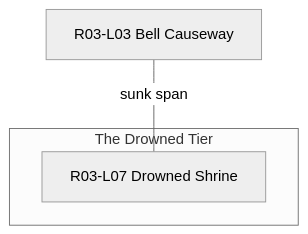
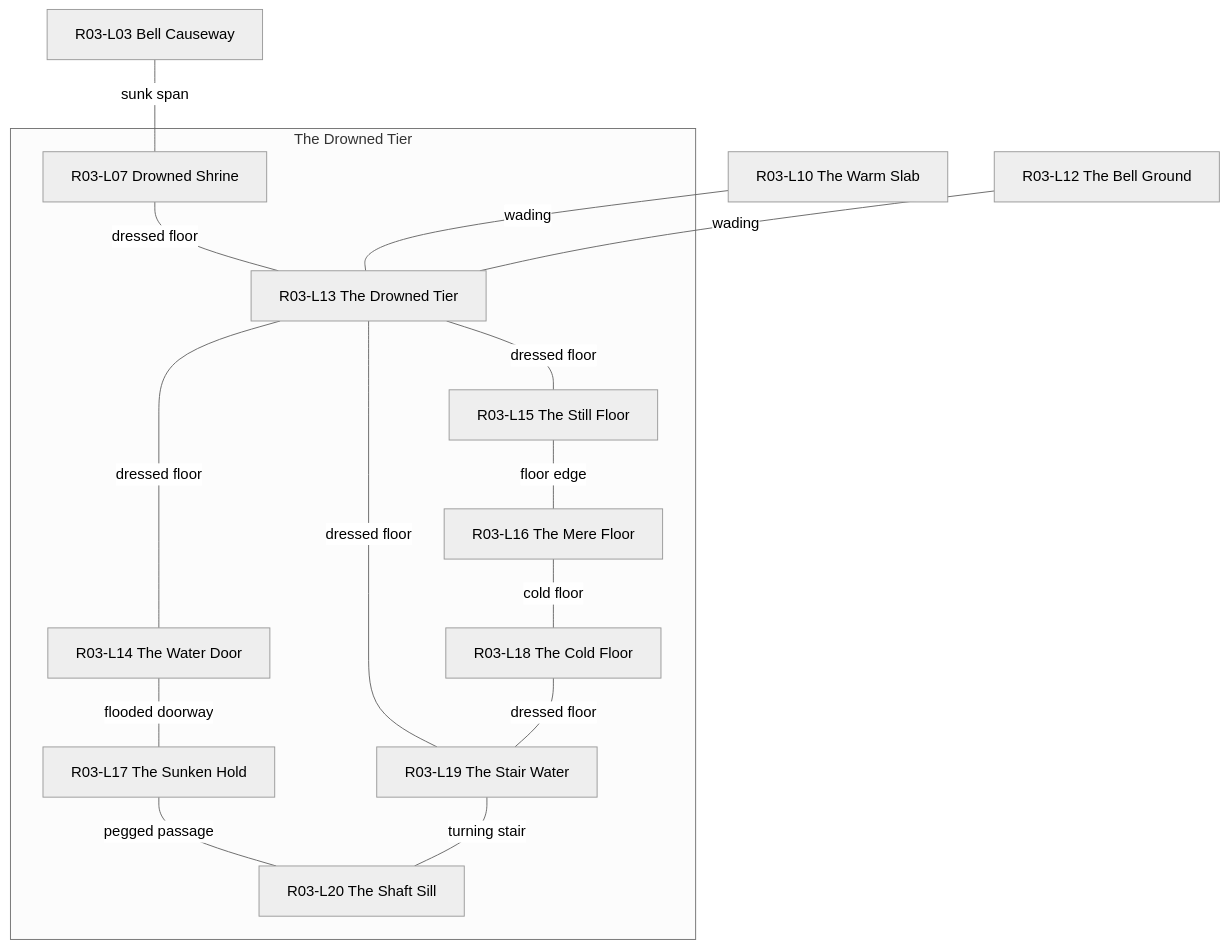
The diagram in build/diagrams/T4_R03_DROWNED_TIER.md (rstevenson1237/setting_builder), drawn with Mermaid (neutral theme) before and after one commit. The commit also changed 145 other files, not shown here.

First line of the commit message:
Step 10: the location graph, sources and typed exits

````diff
--- a/build/diagrams/T4_R03_DROWNED_TIER.md
+++ b/build/diagrams/T4_R03_DROWNED_TIER.md
@@ -1,10 +1,32 @@
 ```mermaid
 flowchart TD
 %% Tier 4. Container drowned-tier of R03: its locations, typed edges, and the destinations they reach outside it.
 %% Derived by tools/mermaid_gen.py. Do not edit.
     subgraph DROWNED_TIER["The Drowned Tier"]
         R03_L07["R03-L07 Drowned Shrine"]
+        R03_L13["R03-L13 The Drowned Tier"]
+        R03_L14["R03-L14 The Water Door"]
+        R03_L15["R03-L15 The Still Floor"]
+        R03_L16["R03-L16 The Mere Floor"]
+        R03_L17["R03-L17 The Sunken Hold"]
+        R03_L18["R03-L18 The Cold Floor"]
+        R03_L19["R03-L19 The Stair Water"]
+        R03_L20["R03-L20 The Shaft Sill"]
     end
     R03_L03["R03-L03 Bell Causeway"]
+    R03_L10["R03-L10 The Warm Slab"]
+    R03_L12["R03-L12 The Bell Ground"]
     R03_L03 ---|sunk span| R03_L07
+    R03_L07 ---|dressed floor| R03_L13
+    R03_L10 ---|wading| R03_L13
+    R03_L12 ---|wading| R03_L13
+    R03_L13 ---|dressed floor| R03_L14
+    R03_L13 ---|dressed floor| R03_L15
+    R03_L13 ---|dressed floor| R03_L19
+    R03_L14 ---|flooded doorway| R03_L17
+    R03_L15 ---|floor edge| R03_L16
+    R03_L16 ---|cold floor| R03_L18
+    R03_L17 ---|pegged passage| R03_L20
+    R03_L18 ---|dressed floor| R03_L19
+    R03_L19 ---|turning stair| R03_L20
 ```
````
